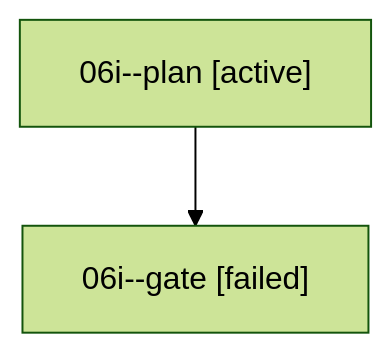
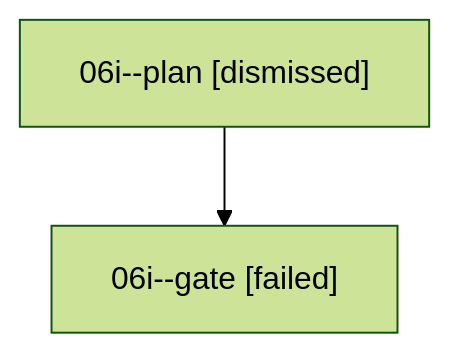
Before and after one commit to sase-org/sase--agents: the diagram in sessions/bbugyi200.athena.06i.md, drawn with Mermaid (forest theme). The commit also changed other lines of this file and 38 other files, not shown here.

````diff
--- a/sessions/bbugyi200.athena.06i.md
+++ b/sessions/bbugyi200.athena.06i.md
@@ -9,6 +9,6 @@
 ```mermaid
 flowchart TD
-  n0["06i--plan [active]"]
+  n0["06i--plan [dismissed]"]
   n1["06i--gate [failed]"]
   n0 --> n1
 ```
````
